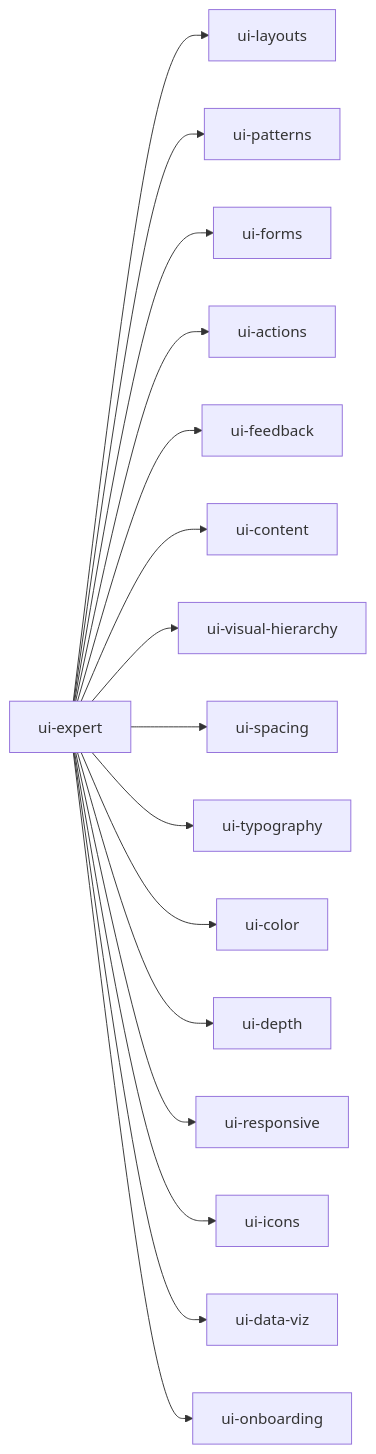
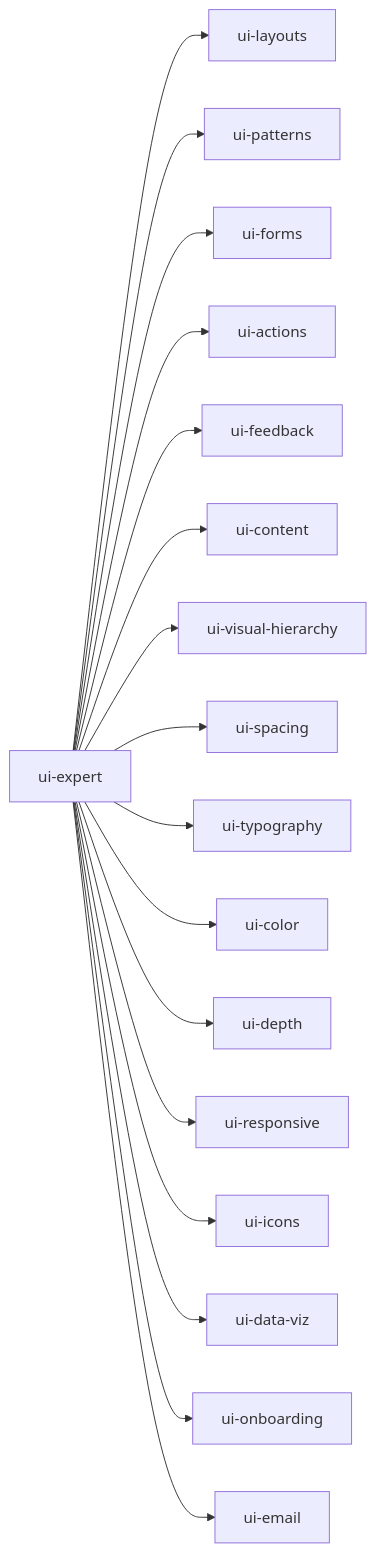
One commit to pnewsam/skills changed the fifth of 12 diagrams in README.md. Above: the diagram before and after it, drawn with Mermaid. The commit also changed other lines of this file and 29 other files, not shown here.

````diff
--- a/README.md
+++ b/README.md
@@ -124,18 +120,19 @@
 ```mermaid
 flowchart LR
     UX[ui-expert] --> L[ui-layouts]
     UX --> P[ui-patterns]
     UX --> F[ui-forms]
     UX --> A[ui-actions]
     UX --> FB[ui-feedback]
     UX --> C[ui-content]
     UX --> VH[ui-visual-hierarchy]
     UX --> S[ui-spacing]
     UX --> T[ui-typography]
     UX --> CL[ui-color]
     UX --> D[ui-depth]
     UX --> R[ui-responsive]
     UX --> I[ui-icons]
     UX --> DV[ui-data-viz]
     UX --> O[ui-onboarding]
+    UX --> E[ui-email]
 ```
````
